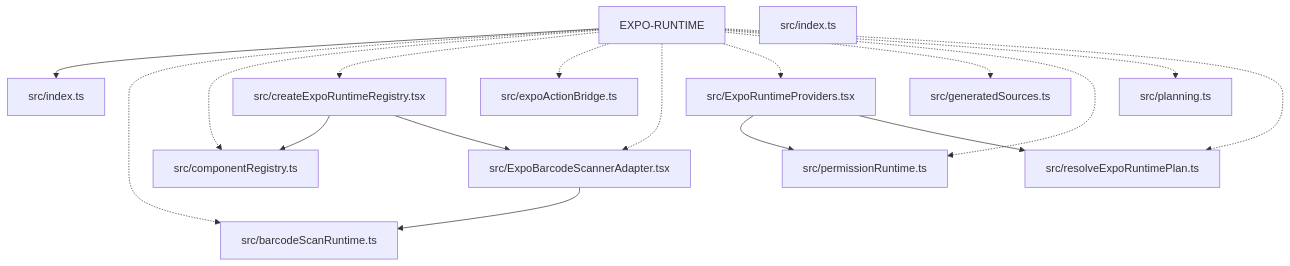
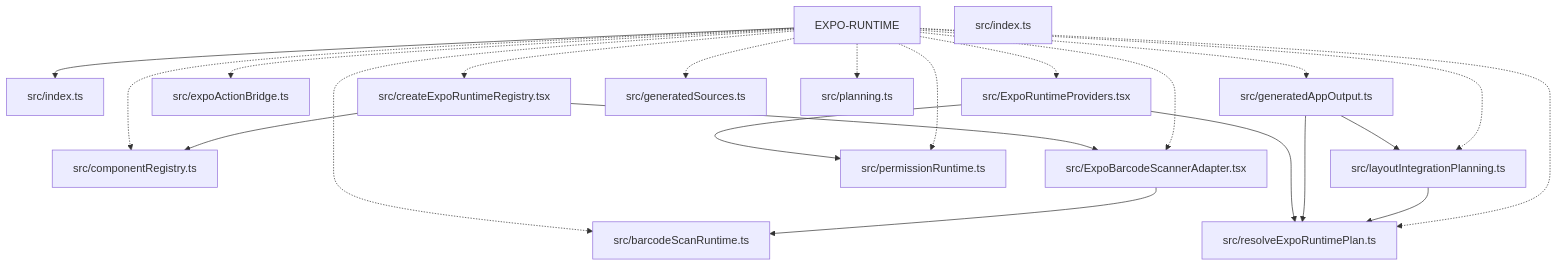
Before and after one commit to ankhorage/expo-runtime: the diagram in paradox/diagrams/architecture-overview.mmd, drawn with Mermaid. The commit also changed 11 other files, not shown here.

```diff
--- a/paradox/diagrams/architecture-overview.mmd
+++ b/paradox/diagrams/architecture-overview.mmd
@@ -1,30 +1,37 @@
 graph TD
   package__ankhorage_expo_runtime["EXPO-RUNTIME"]
   entrypoint_src_index_ts["src/index.ts"]
   package__ankhorage_expo_runtime --> entrypoint_src_index_ts
   module_src_barcodeScanRuntime_ts["src/barcodeScanRuntime.ts"]
   package__ankhorage_expo_runtime -.-> module_src_barcodeScanRuntime_ts
   module_src_componentRegistry_ts["src/componentRegistry.ts"]
   package__ankhorage_expo_runtime -.-> module_src_componentRegistry_ts
   module_src_createExpoRuntimeRegistry_tsx["src/createExpoRuntimeRegistry.tsx"]
   package__ankhorage_expo_runtime -.-> module_src_createExpoRuntimeRegistry_tsx
   module_src_createExpoRuntimeRegistry_tsx --> module_src_componentRegistry_ts
   module_src_createExpoRuntimeRegistry_tsx --> module_src_ExpoBarcodeScannerAdapter_tsx
   module_src_expoActionBridge_ts["src/expoActionBridge.ts"]
   package__ankhorage_expo_runtime -.-> module_src_expoActionBridge_ts
   module_src_ExpoBarcodeScannerAdapter_tsx["src/ExpoBarcodeScannerAdapter.tsx"]
   package__ankhorage_expo_runtime -.-> module_src_ExpoBarcodeScannerAdapter_tsx
   module_src_ExpoBarcodeScannerAdapter_tsx --> module_src_barcodeScanRuntime_ts
   module_src_ExpoRuntimeProviders_tsx["src/ExpoRuntimeProviders.tsx"]
   package__ankhorage_expo_runtime -.-> module_src_ExpoRuntimeProviders_tsx
   module_src_ExpoRuntimeProviders_tsx --> module_src_permissionRuntime_ts
   module_src_ExpoRuntimeProviders_tsx --> module_src_resolveExpoRuntimePlan_ts
+  module_src_generatedAppOutput_ts["src/generatedAppOutput.ts"]
+  package__ankhorage_expo_runtime -.-> module_src_generatedAppOutput_ts
+  module_src_generatedAppOutput_ts --> module_src_layoutIntegrationPlanning_ts
+  module_src_generatedAppOutput_ts --> module_src_resolveExpoRuntimePlan_ts
   module_src_generatedSources_ts["src/generatedSources.ts"]
   package__ankhorage_expo_runtime -.-> module_src_generatedSources_ts
   module_src_index_ts["src/index.ts"]
+  module_src_layoutIntegrationPlanning_ts["src/layoutIntegrationPlanning.ts"]
+  package__ankhorage_expo_runtime -.-> module_src_layoutIntegrationPlanning_ts
+  module_src_layoutIntegrationPlanning_ts --> module_src_resolveExpoRuntimePlan_ts
   module_src_permissionRuntime_ts["src/permissionRuntime.ts"]
   package__ankhorage_expo_runtime -.-> module_src_permissionRuntime_ts
   module_src_planning_ts["src/planning.ts"]
   package__ankhorage_expo_runtime -.-> module_src_planning_ts
   module_src_resolveExpoRuntimePlan_ts["src/resolveExpoRuntimePlan.ts"]
   package__ankhorage_expo_runtime -.-> module_src_resolveExpoRuntimePlan_ts
```
